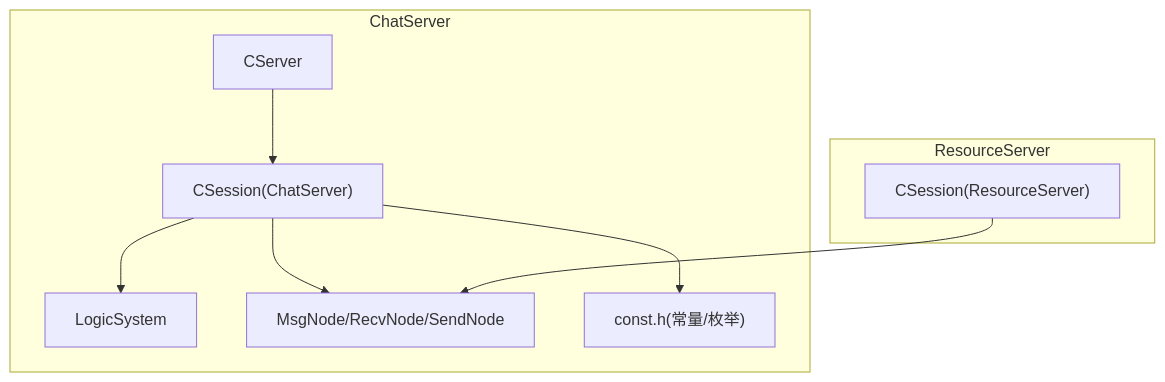
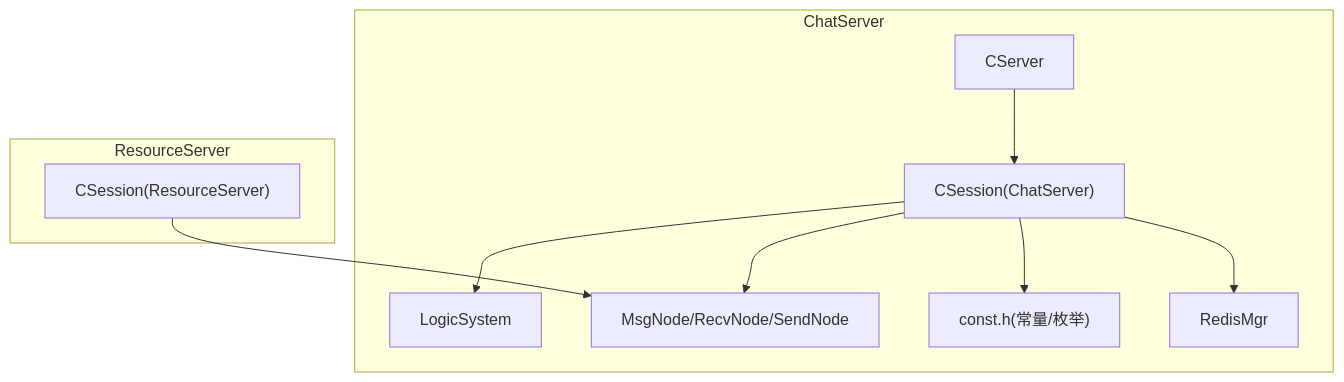
One commit to echo9923/mychatter changed the first of 7 diagrams in .qoder/repowiki/zh/content/服务端开发/ChatServer聊天核心服务/会话管理/会话生命周期管理.md. Above: the diagram before and after it, drawn with Mermaid. The commit also changed other lines of this file and 11 other files, not shown here.

````diff
--- a/.qoder/repowiki/zh/content/服务端开发/ChatServer聊天核心服务/会话管理/会话生命周期管理.md
+++ b/.qoder/repowiki/zh/content/服务端开发/ChatServer聊天核心服务/会话管理/会话生命周期管理.md
@@ -35,18 +45,20 @@
 ```mermaid
 graph TB
 subgraph "ChatServer"
 CSrv["CServer"]
 CSess["CSession(ChatServer)"]
 LSys["LogicSystem"]
 MsgN["MsgNode/RecvNode/SendNode"]
 Const["const.h(常量/枚举)"]
+Redis["RedisMgr"]
 end
 subgraph "ResourceServer"
 RSess["CSession(ResourceServer)"]
 end
 CSrv --> CSess
 CSess --> LSys
 CSess --> MsgN
 CSess --> Const
+CSess --> Redis
 RSess --> MsgN
 ```
````
